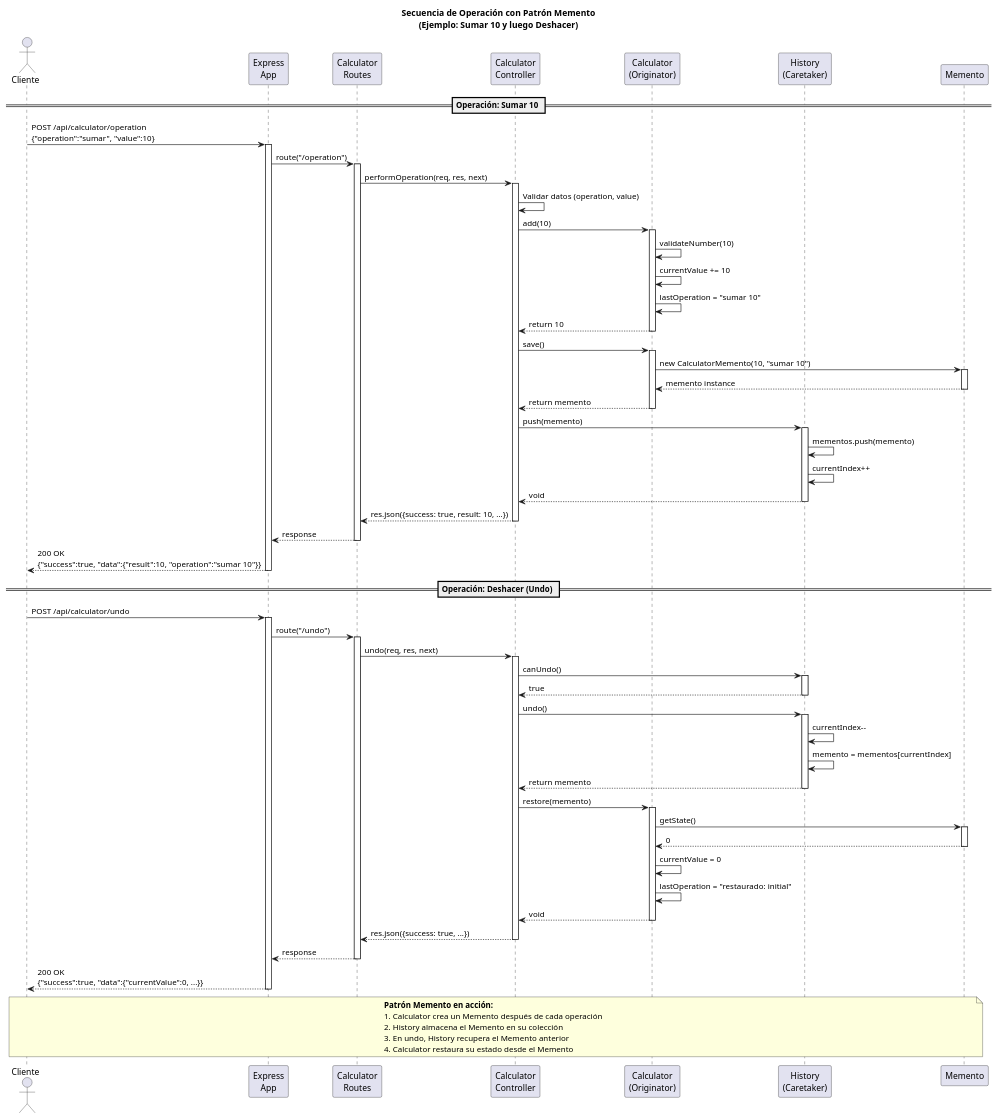
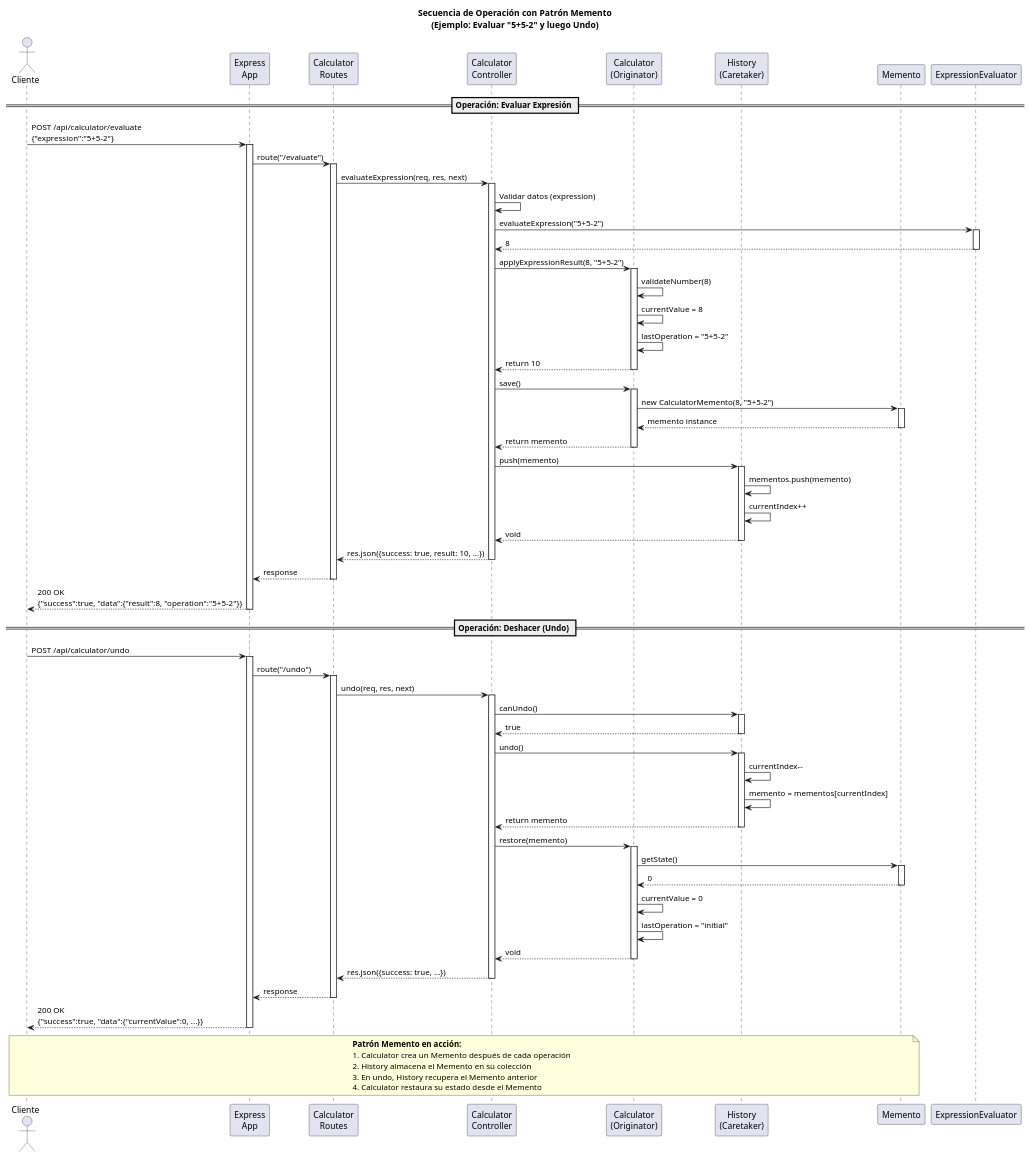
Before and after one commit to Kracken914dt/Backend-Memento: the diagram in diagrams/sequence-diagram.puml, drawn with PlantUML. The commit also changed 10 other files, not shown here.

```diff
--- a/diagrams/sequence-diagram.puml
+++ b/diagrams/sequence-diagram.puml
@@ -1,119 +1,124 @@
 @startuml Diagrama de Secuencia - Operación con Memento
 
-title Secuencia de Operación con Patrón Memento\n(Ejemplo: Sumar 10 y luego Deshacer)
+title Secuencia de Operación con Patrón Memento\n(Ejemplo: Evaluar "5+5-2" y luego Undo)
 
 actor "Cliente" as Client
 participant "Express\nApp" as App
 participant "Calculator\nRoutes" as Routes
 participant "Calculator\nController" as Controller
 participant "Calculator\n(Originator)" as Calculator
 participant "History\n(Caretaker)" as History
 participant "Memento" as Memento
 
-== Operación: Sumar 10 ==
+== Operación: Evaluar Expresión ==
 
-Client -> App: POST /api/calculator/operation\n{"operation":"sumar", "value":10}
+Client -> App: POST /api/calculator/evaluate\n{"expression":"5+5-2"}
 activate App
 
-App -> Routes: route("/operation")
+App -> Routes: route("/evaluate")
 activate Routes
 
-Routes -> Controller: performOperation(req, res, next)
+Routes -> Controller: evaluateExpression(req, res, next)
 activate Controller
 
-Controller -> Controller: Validar datos (operation, value)
+Controller -> Controller: Validar datos (expression)
 
-Controller -> Calculator: add(10)
+Controller -> ExpressionEvaluator: evaluateExpression("5+5-2")
+activate ExpressionEvaluator
+ExpressionEvaluator --> Controller: 8
+deactivate ExpressionEvaluator
+
+Controller -> Calculator: applyExpressionResult(8, "5+5-2")
 activate Calculator
 
-Calculator -> Calculator: validateNumber(10)
-Calculator -> Calculator: currentValue += 10
-Calculator -> Calculator: lastOperation = "sumar 10"
+Calculator -> Calculator: validateNumber(8)
+Calculator -> Calculator: currentValue = 8
+Calculator -> Calculator: lastOperation = "5+5-2"
 
 Calculator --> Controller: return 10
 deactivate Calculator
 
 Controller -> Calculator: save()
 activate Calculator
 
-Calculator -> Memento: new CalculatorMemento(10, "sumar 10")
+Calculator -> Memento: new CalculatorMemento(8, "5+5-2")
 activate Memento
 Memento --> Calculator: memento instance
 deactivate Memento
 
 Calculator --> Controller: return memento
 deactivate Calculator
 
 Controller -> History: push(memento)
 activate History
 History -> History: mementos.push(memento)
 History -> History: currentIndex++
 History --> Controller: void
 deactivate History
 
 Controller --> Routes: res.json({success: true, result: 10, ...})
 deactivate Controller
 
 Routes --> App: response
 deactivate Routes
 
-App --> Client: 200 OK\n{"success":true, "data":{"result":10, "operation":"sumar 10"}}
+App --> Client: 200 OK\n{"success":true, "data":{"result":8, "operation":"5+5-2"}}
 deactivate App
 
 == Operación: Deshacer (Undo) ==
 
 Client -> App: POST /api/calculator/undo
 activate App
 
 App -> Routes: route("/undo")
 activate Routes
 
 Routes -> Controller: undo(req, res, next)
 activate Controller
 
 Controller -> History: canUndo()
 activate History
 History --> Controller: true
 deactivate History
 
 Controller -> History: undo()
 activate History
 
 History -> History: currentIndex--
 History -> History: memento = mementos[currentIndex]
 
 History --> Controller: return memento
 deactivate History
 
 Controller -> Calculator: restore(memento)
 activate Calculator
 
 Calculator -> Memento: getState()
 activate Memento
 Memento --> Calculator: 0
 deactivate Memento
 
 Calculator -> Calculator: currentValue = 0
-Calculator -> Calculator: lastOperation = "restaurado: initial"
+Calculator -> Calculator: lastOperation = "initial"
 
 Calculator --> Controller: void
 deactivate Calculator
 
 Controller --> Routes: res.json({success: true, ...})
 deactivate Controller
 
 Routes --> App: response
 deactivate Routes
 
 App --> Client: 200 OK\n{"success":true, "data":{"currentValue":0, ...}}
 deactivate App
 
 note over Client, Memento
   <b>Patrón Memento en acción:</b>
   1. Calculator crea un Memento después de cada operación
   2. History almacena el Memento en su colección
   3. En undo, History recupera el Memento anterior
   4. Calculator restaura su estado desde el Memento
 end note
 
 @enduml
```
